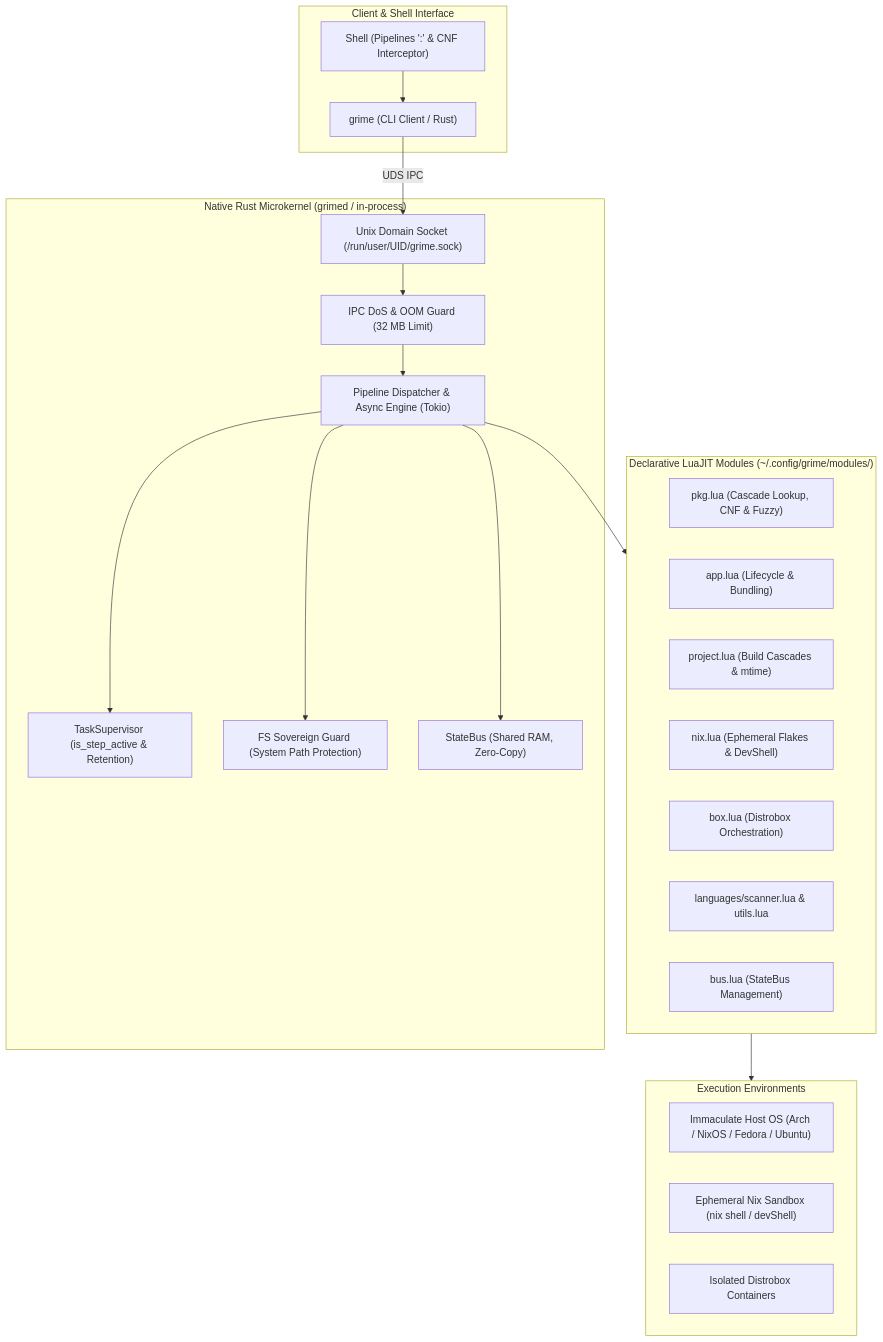
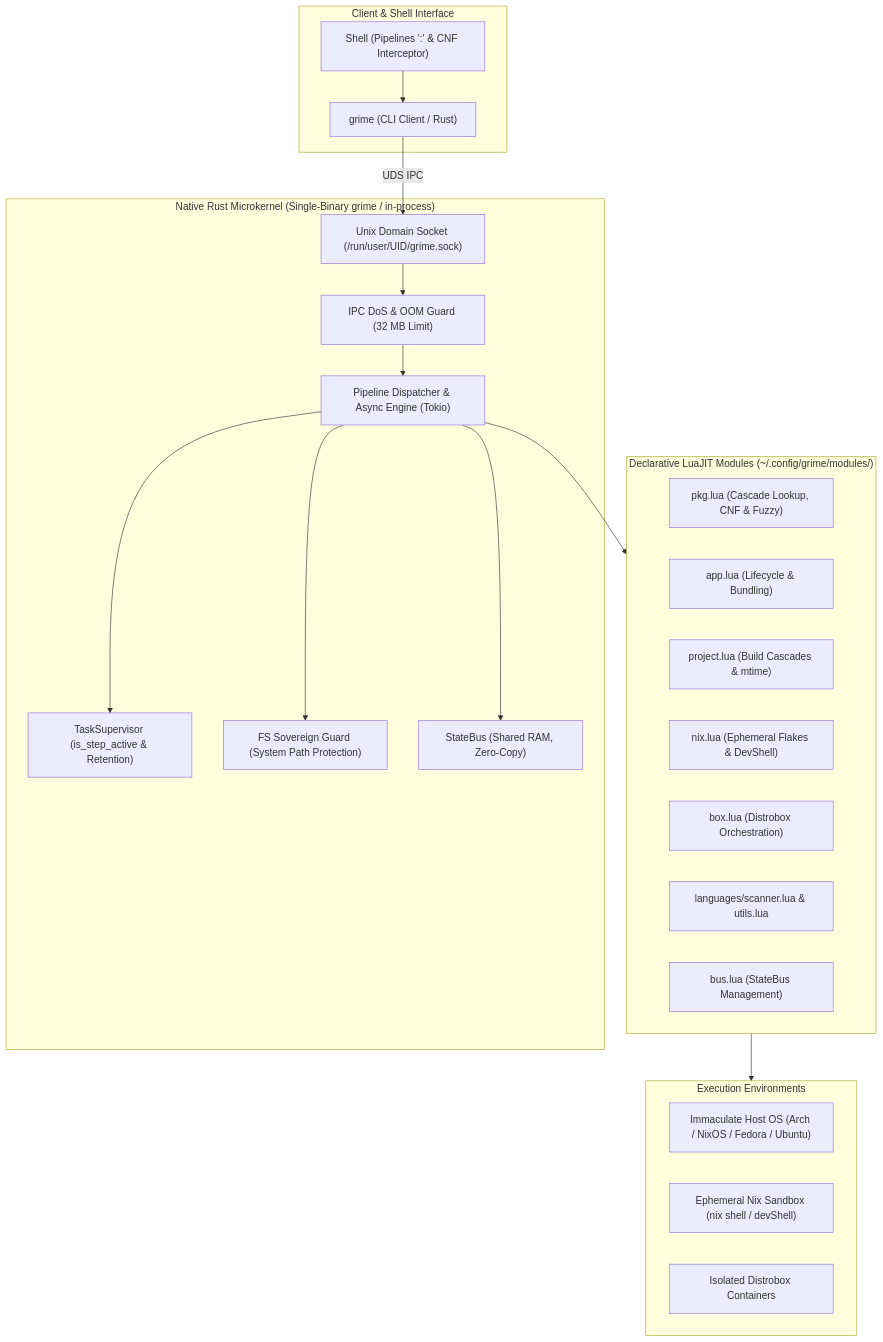
One commit to GrimeVoid/grime-rust changed the diagram in README.en.md. Above: the diagram before and after it, drawn with Mermaid. The commit also changed other lines of this file and 12 other files, not shown here.

````diff
--- a/README.en.md
+++ b/README.en.md
@@ -221,42 +221,42 @@
 ```mermaid
 flowchart TD
     subgraph ClientLayer ["Client & Shell Interface"]
         CLI["grime (CLI Client / Rust)"]
         Fish["Shell (Pipelines ':' & CNF Interceptor)"]
     end
 
-    subgraph CoreLayer ["Native Rust Microkernel (grimed / in-process)"]
+    subgraph CoreLayer ["Native Rust Microkernel (Single-Binary grime / in-process)"]
         UDS["Unix Domain Socket (/run/user/UID/grime.sock)"]
         IPCGuard["IPC DoS & OOM Guard (32 MB Limit)"]
         Router["Pipeline Dispatcher & Async Engine (Tokio)"]
         Supervisor["TaskSupervisor (is_step_active & Retention)"]
         FSGuard["FS Sovereign Guard (System Path Protection)"]
         StateBus["StateBus (Shared RAM, Zero-Copy)"]
     end
 
     subgraph LuaLayer ["Declarative LuaJIT Modules (~/.config/grime/modules/)"]
         M_Pkg["pkg.lua (Cascade Lookup, CNF & Fuzzy)"]
         M_App["app.lua (Lifecycle & Bundling)"]
         M_Proj["project.lua (Build Cascades & mtime)"]
         M_Nix["nix.lua (Ephemeral Flakes & DevShell)"]
         M_Box["box.lua (Distrobox Orchestration)"]
         M_Scan["languages/scanner.lua & utils.lua"]
         M_Bus["bus.lua (StateBus Management)"]
     end
 
     subgraph Targets ["Execution Environments"]
         HostOS["Immaculate Host OS (Arch / NixOS / Fedora / Ubuntu)"]
         NixEnv["Ephemeral Nix Sandbox (nix shell / devShell)"]
         DBox["Isolated Distrobox Containers"]
     end
 
     Fish --> CLI
     CLI -->|UDS IPC| UDS
     UDS --> IPCGuard
     IPCGuard --> Router
     Router --> Supervisor
     Router --> FSGuard
     Router --> StateBus
     Router --> LuaLayer
     LuaLayer --> Targets
 ```
````
